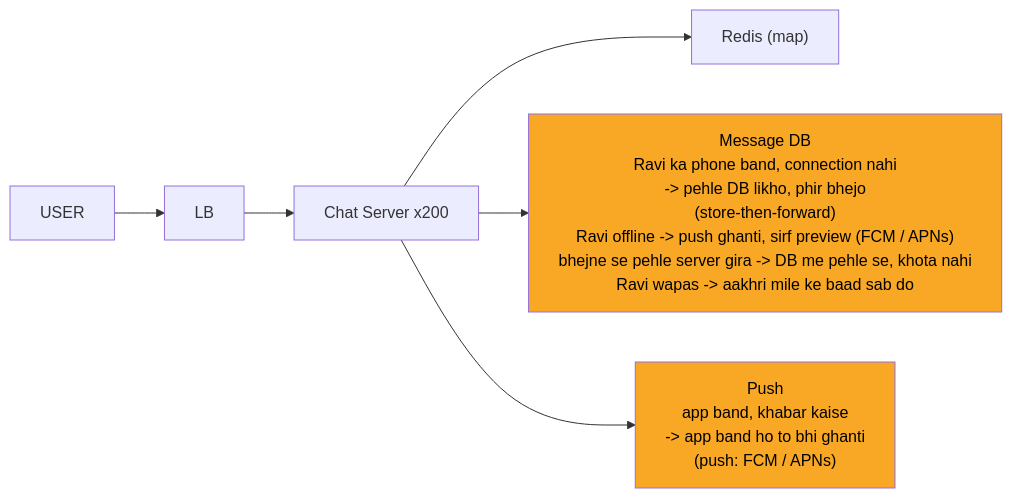
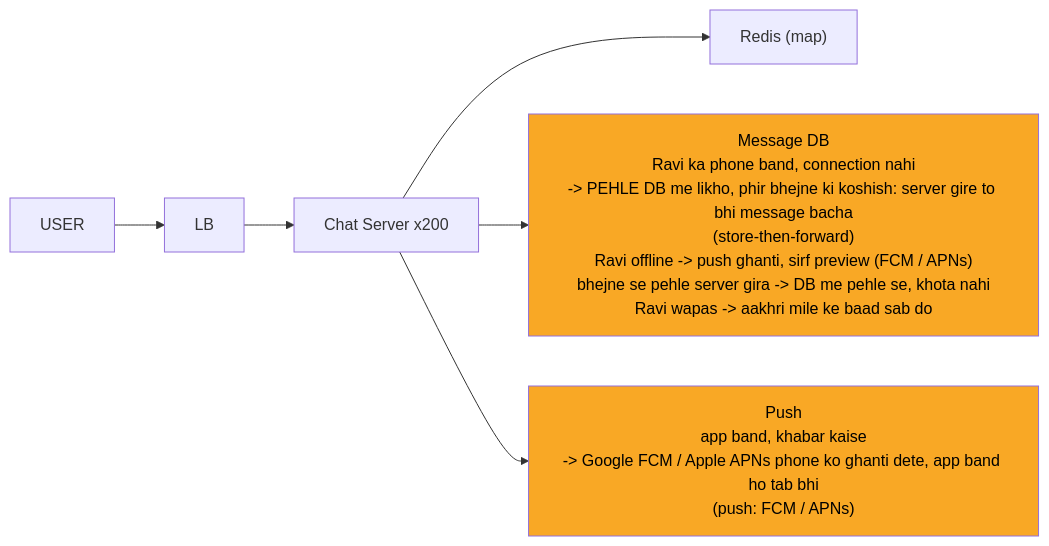
Before and after one commit to ArpanMaheshwari144/Prep: the fourth of 12 diagrams in 04_HLD/SYSTEM_DESIGNS/14_chat_messaging/14_chat_messaging.md, drawn with Mermaid. The commit also changed other lines of this file and 13 other files, not shown here.

````diff
--- a/04_HLD/SYSTEM_DESIGNS/14_chat_messaging/14_chat_messaging.md
+++ b/04_HLD/SYSTEM_DESIGNS/14_chat_messaging/14_chat_messaging.md
@@ -193,17 +197,17 @@
 ```mermaid
 %%{init: {"flowchart": {"wrappingWidth": 450}}}%%
 flowchart LR
     n_U["USER"]
     n_LB["LB"]
     n_CS["Chat Server x200"]
     n_R["Redis (map)"]
-    n_DB["Message DB<br/>Ravi ka phone band, connection nahi<br/>-> pehle DB likho, phir bhejo<br/>(store-then-forward)<br/>Ravi offline -> push ghanti, sirf preview (FCM / APNs)<br/>bhejne se pehle server gira -> DB me pehle se, khota nahi<br/>Ravi wapas -> aakhri mile ke baad sab do"]
-    n_P["Push<br/>app band, khabar kaise<br/>-> app band ho to bhi ghanti<br/>(push: FCM / APNs)"]
+    n_DB["Message DB<br/>Ravi ka phone band, connection nahi<br/>-> PEHLE DB me likho, phir bhejne ki koshish: server gire to bhi message bacha<br/>(store-then-forward)<br/>Ravi offline -> push ghanti, sirf preview (FCM / APNs)<br/>bhejne se pehle server gira -> DB me pehle se, khota nahi<br/>Ravi wapas -> aakhri mile ke baad sab do"]
+    n_P["Push<br/>app band, khabar kaise<br/>-> Google FCM / Apple APNs phone ko ghanti dete, app band ho tab bhi<br/>(push: FCM / APNs)"]
     n_U --> n_LB
     n_LB --> n_CS
     n_CS --> n_R
     n_CS --> n_DB
     n_CS --> n_P
     style n_DB fill:#f9a825,color:#000
     style n_P fill:#f9a825,color:#000
 ```
````
